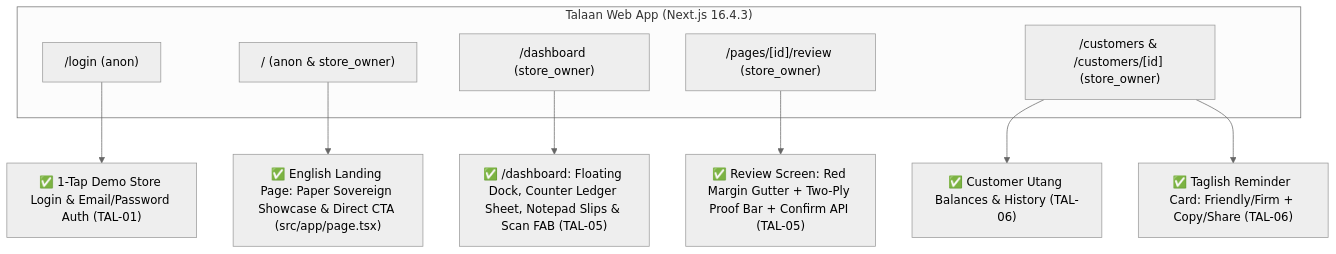
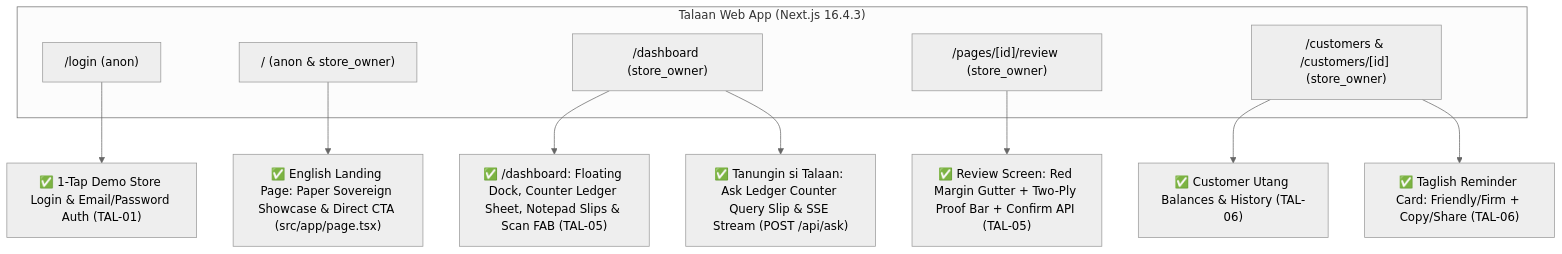
Before and after one commit to ejay-detera/talaan: the first of 5 diagrams in docs/flow.md, drawn with Mermaid (neutral theme). The commit also changed other lines of this file and 21 other files, not shown here.

Commit message:
feat: add AI agent ask system and overdue ledger analytics with tests

````diff
--- a/docs/flow.md
+++ b/docs/flow.md
@@ -23,16 +23,17 @@
 ```mermaid
 flowchart TB
   subgraph app ["Talaan Web App (Next.js 16.4.3)"]
     S0["/login (anon)"]
     S1["/ (anon & store_owner)"]
     S1b["/dashboard (store_owner)"]
     S2["/pages/[id]/review (store_owner)"]
     S3["/customers & /customers/[id] (store_owner)"]
   end
   S0 --> A1["✅ 1-Tap Demo Store Login & Email/Password Auth (TAL-01)"]
   S1 --> B1["✅ English Landing Page: Paper Sovereign Showcase & Direct CTA (src/app/page.tsx)"]
   S1b --> B2["✅ /dashboard: Floating Dock, Counter Ledger Sheet, Notepad Slips & Scan FAB (TAL-05)"]
+  S1b --> B3["✅ Tanungin si Talaan: Ask Ledger Counter Query Slip & SSE Stream (POST /api/ask)"]
   S2 --> C1["✅ Review Screen: Red Margin Gutter + Two-Ply Proof Bar + Confirm API (TAL-05)"]
   S3 --> D1["✅ Customer Utang Balances & History (TAL-06)"]
   S3 --> D2["✅ Taglish Reminder Card: Friendly/Firm + Copy/Share (TAL-06)"]
 ```
````
